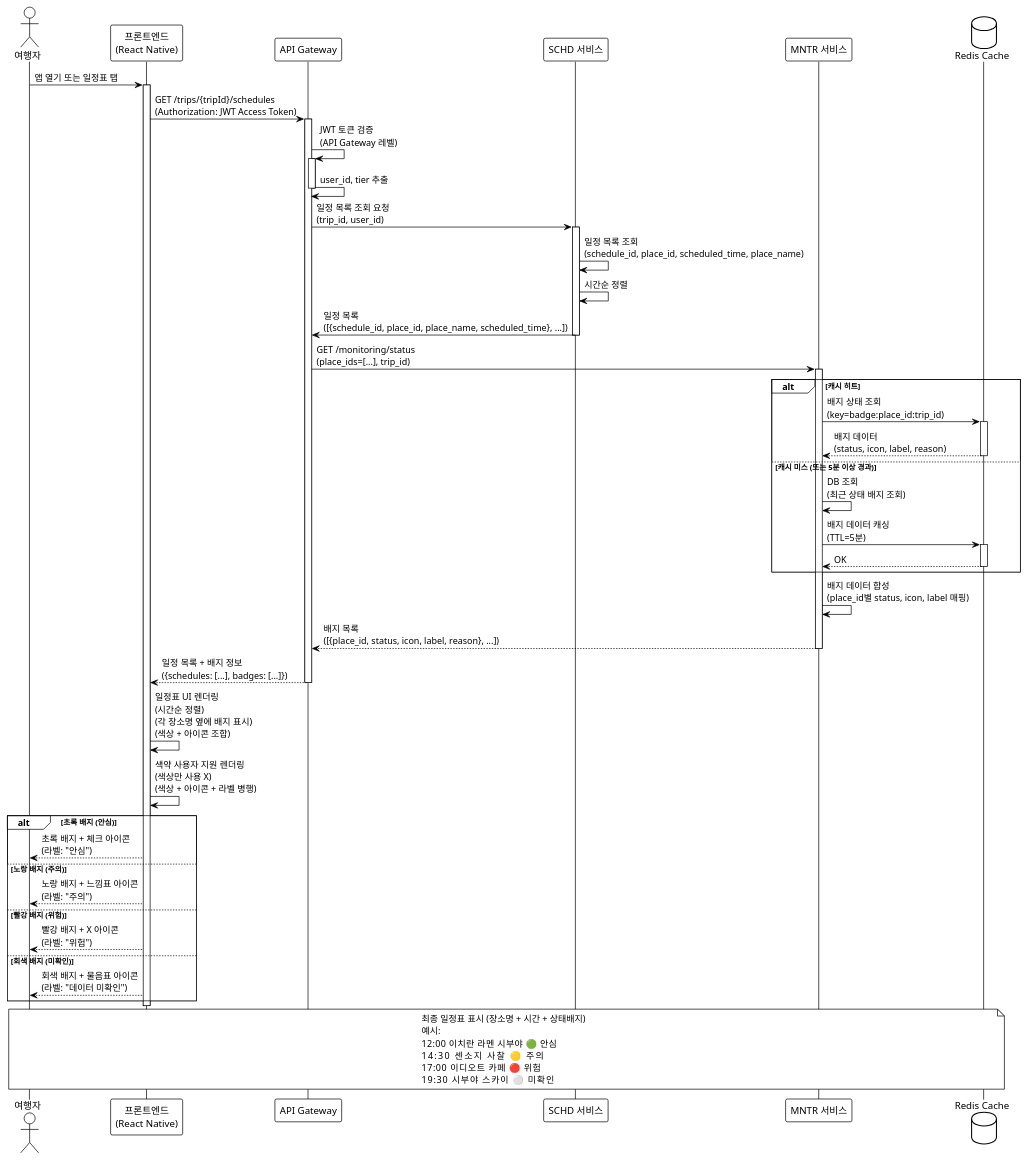
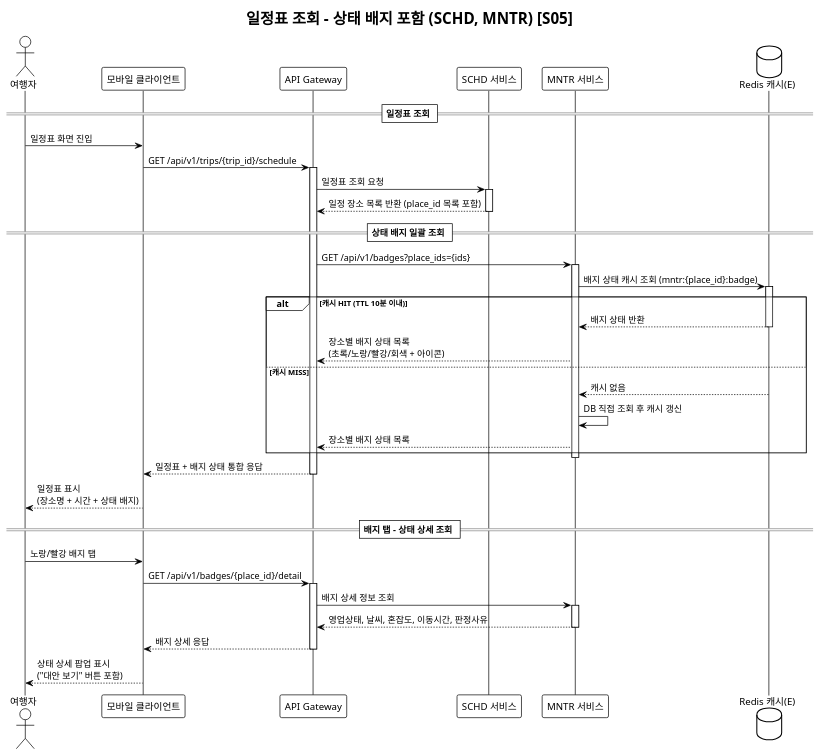
One commit to hiondal/travel-planner changed the diagram in docs/design/sequence/outer/04-일정표조회.puml. Above: the diagram before and after it, drawn with PlantUML. The commit also changed 196 other files, not shown here.

```diff
--- a/docs/design/sequence/outer/04-일정표조회.puml
+++ b/docs/design/sequence/outer/04-일정표조회.puml
@@ -1,85 +1,60 @@
 @startuml
 !theme mono
 
+title 일정표 조회 - 상태 배지 포함 (SCHD, MNTR) [S05]
+
 actor "여행자" as user
-participant "프론트엔드\n(React Native)" as fe
+participant "모바일 클라이언트" as fe
 participant "API Gateway" as gw
 participant "SCHD 서비스" as schd
 participant "MNTR 서비스" as mntr
-database "Redis Cache" as cache
+database "Redis 캐시(E)" as cache
 
-user -> fe: 앱 열기 또는 일정표 탭
-activate fe
+== 일정표 조회 ==
+user -> fe : 일정표 화면 진입
+fe -> gw : GET /api/v1/trips/{trip_id}/schedule
+activate gw
+gw -> schd : 일정표 조회 요청
+activate schd
+schd --> gw : 일정 장소 목록 반환 (place_id 목록 포함)
+deactivate schd
 
-fe -> gw: GET /trips/{tripId}/schedules\n(Authorization: JWT Access Token)
-activate gw
+== 상태 배지 일괄 조회 ==
+gw -> mntr : GET /api/v1/badges?place_ids={ids}
+activate mntr
 
-gw -> gw: JWT 토큰 검증\n(API Gateway 레벨)
-activate gw
-gw -> gw: user_id, tier 추출
+mntr -> cache : 배지 상태 캐시 조회 (mntr:{place_id}:badge)
+activate cache
+
+alt 캐시 HIT (TTL 10분 이내)
+    cache --> mntr : 배지 상태 반환
+    deactivate cache
+    mntr --> gw : 장소별 배지 상태 목록\n(초록/노랑/빨강/회색 + 아이콘)
+
+else 캐시 MISS
+    cache --> mntr : 캐시 없음
+    deactivate cache
+    mntr -> mntr : DB 직접 조회 후 캐시 갱신
+    mntr --> gw : 장소별 배지 상태 목록
+end
+
+deactivate mntr
+
+gw --> fe : 일정표 + 배지 상태 통합 응답
 deactivate gw
 
-gw -> schd: 일정 목록 조회 요청\n(trip_id, user_id)
-activate schd
+fe --> user : 일정표 표시\n(장소명 + 시간 + 상태 배지)
 
-schd -> schd: 일정 목록 조회\n(schedule_id, place_id, scheduled_time, place_name)
-schd -> schd: 시간순 정렬
-
-schd -> gw: 일정 목록\n([{schedule_id, place_id, place_name, scheduled_time}, ...])
-deactivate schd
-
-gw -> mntr: GET /monitoring/status\n(place_ids=[...], trip_id)
+== 배지 탭 - 상태 상세 조회 ==
+user -> fe : 노랑/빨강 배지 탭
+fe -> gw : GET /api/v1/badges/{place_id}/detail
+activate gw
+gw -> mntr : 배지 상세 정보 조회
 activate mntr
-
-alt 캐시 히트
-    mntr -> cache: 배지 상태 조회\n(key=badge:place_id:trip_id)
-    activate cache
-    cache --> mntr: 배지 데이터\n(status, icon, label, reason)
-    deactivate cache
-
-else 캐시 미스 (또는 5분 이상 경과)
-    mntr -> mntr: DB 조회\n(최근 상태 배지 조회)
-    mntr -> cache: 배지 데이터 캐싱\n(TTL=5분)
-    activate cache
-    cache --> mntr: OK
-    deactivate cache
-
-end
-
-mntr -> mntr: 배지 데이터 합성\n(place_id별 status, icon, label 매핑)
-mntr --> gw: 배지 목록\n([{place_id, status, icon, label, reason}, ...])
+mntr --> gw : 영업상태, 날씨, 혼잡도, 이동시간, 판정사유
 deactivate mntr
-
-gw --> fe: 일정 목록 + 배지 정보\n({schedules: [...], badges: [...]})
+gw --> fe : 배지 상세 응답
 deactivate gw
-
-fe -> fe: 일정표 UI 렌더링\n(시간순 정렬)\n(각 장소명 옆에 배지 표시)\n(색상 + 아이콘 조합)
-
-fe -> fe: 색약 사용자 지원 렌더링\n(색상만 사용 X)\n(색상 + 아이콘 + 라벨 병행)
-
-alt 초록 배지 (안심)
-    fe --> user: 초록 배지 + 체크 아이콘\n(라벨: "안심")
-
-else 노랑 배지 (주의)
-    fe --> user: 노랑 배지 + 느낌표 아이콘\n(라벨: "주의")
-
-else 빨강 배지 (위험)
-    fe --> user: 빨강 배지 + X 아이콘\n(라벨: "위험")
-
-else 회색 배지 (미확인)
-    fe --> user: 회색 배지 + 물음표 아이콘\n(라벨: "데이터 미확인")
-
-end
-
-deactivate fe
-
-note over user, cache
-  최종 일정표 표시 (장소명 + 시간 + 상태배지)
-  예시:
-  12:00 이치란 라멘 시부야     🟢 안심
-  14:30 센소지 사찰           🟡 주의
-  17:00 이디오트 카페          🔴 위험
-  19:30 시부야 스카이         ⚪ 미확인
-end note
+fe --> user : 상태 상세 팝업 표시\n("대안 보기" 버튼 포함)
 
 @enduml
```
